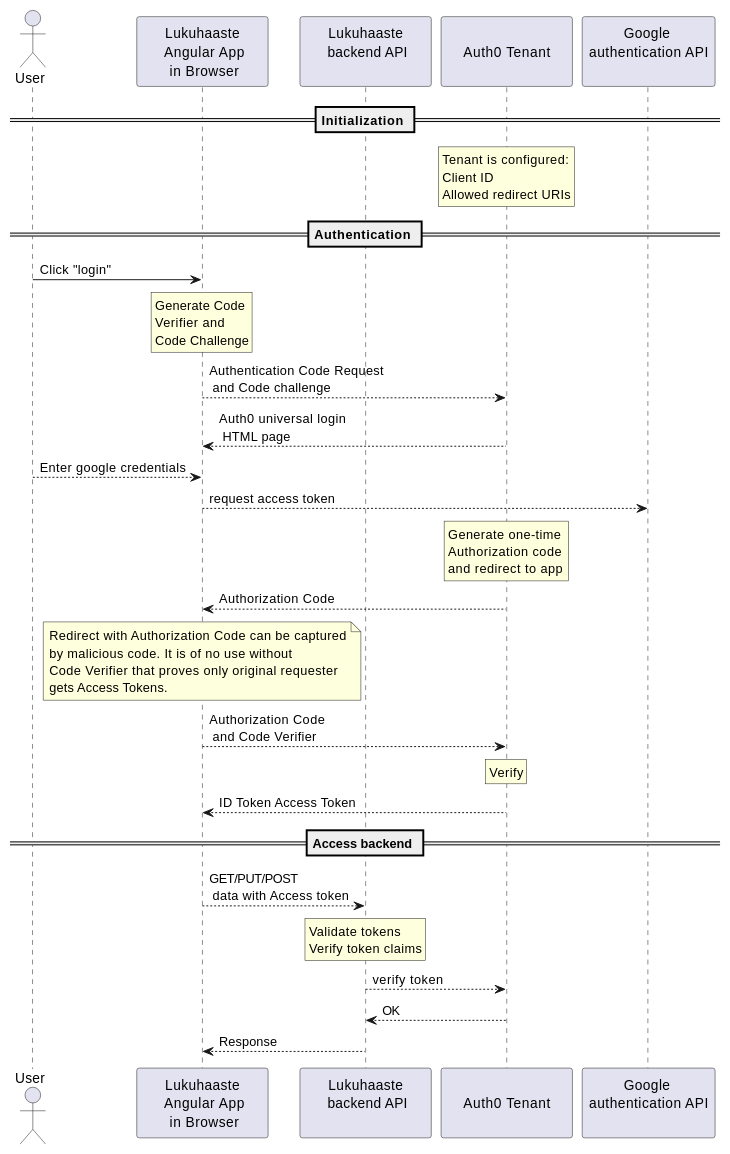
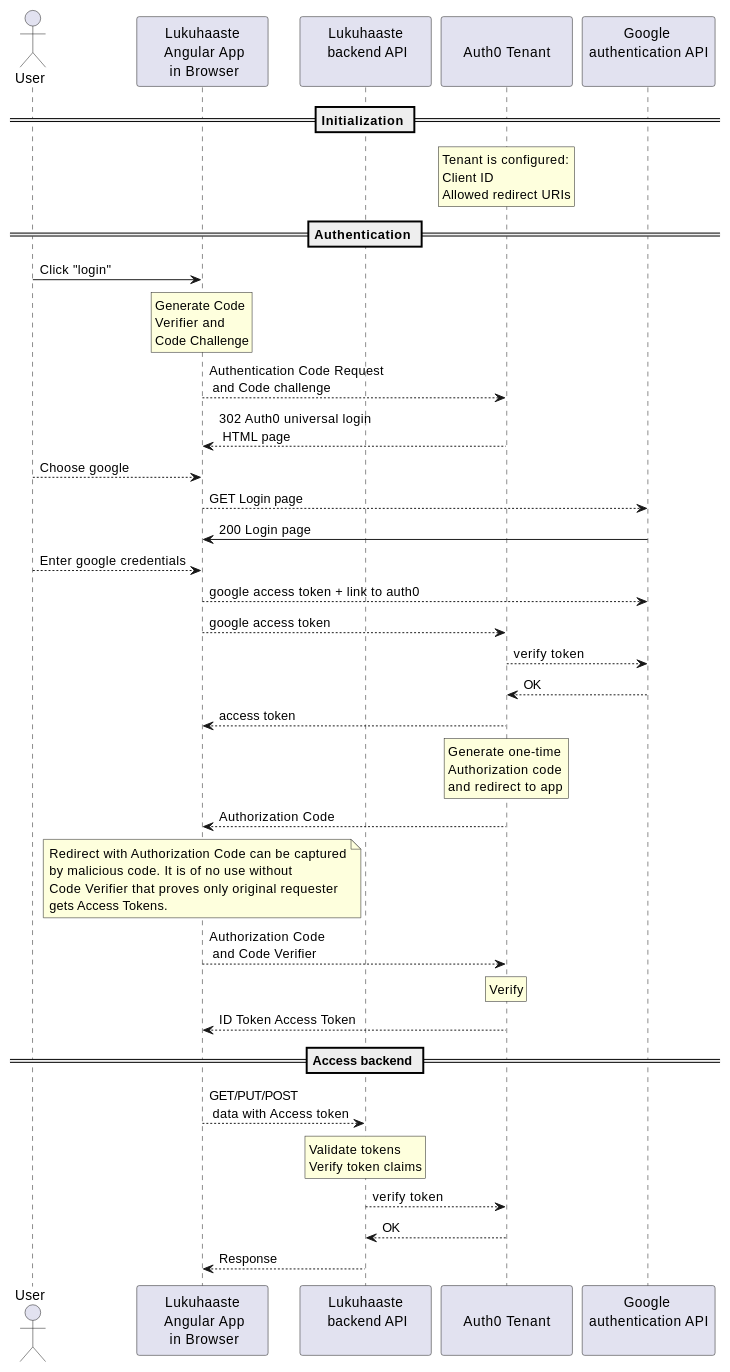
Before and after one commit to jppaalassalo/secpro: the second of 3 diagrams in README.md, drawn with PlantUML.

````diff
--- a/README.md
+++ b/README.md
@@ -81,57 +81,64 @@
 ```plantuml
 @startuml
 actor User
 skinparam minClassWidth 120
 participant "Lukuhaaste\n Angular App\n in Browser" as Browser
 participant "Lukuhaaste\n backend API\n " as backend
 participant "\nAuth0 Tenant\n" as auth
 participant "Google \nauthentication API\n" as google
 == Initialization ==
 rnote over auth
  Tenant is configured:
  Client ID
  Allowed redirect URIs
 endrnote
 
 
 == Authentication ==
 
 User -> Browser: Click "login"
 rnote over Browser
  Generate Code 
  Verifier and 
  Code Challenge
 endrnote
 Browser --> auth: Authentication Code Request\n and Code challenge 
-auth --> Browser: Auth0 universal login\n HTML page
+auth --> Browser: 302 Auth0 universal login\n HTML page
+User --> Browser: Choose google
+Browser --> google: GET Login page
+google -> Browser: 200 Login page
 User --> Browser: Enter google credentials
-Browser --> google: request access token
+Browser --> google: google access token + link to auth0
+Browser --> auth: google access token
+auth --> google: verify token
+google --> auth: OK
+auth --> Browser: access token
 rnote over auth
  Generate one-time 
  Authorization code 
  and redirect to app
 endrnote
 auth --> Browser: Authorization Code
 note over Browser
  Redirect with Authorization Code can be captured
  by malicious code. It is of no use without
  Code Verifier that proves only original requester
  gets Access Tokens.
 endnote
 Browser --> auth: Authorization Code\n and Code Verifier
 rnote over auth
  Verify
 endrnote
 auth --> Browser: ID Token Access Token
 
 == Access backend ==
 Browser --> backend: GET/PUT/POST\n data with Access token
 rnote over backend
  Validate tokens
  Verify token claims
 endrnote
 backend --> auth: verify token
 auth --> backend: OK
 backend --> Browser: Response
 @enduml
 ```
````
